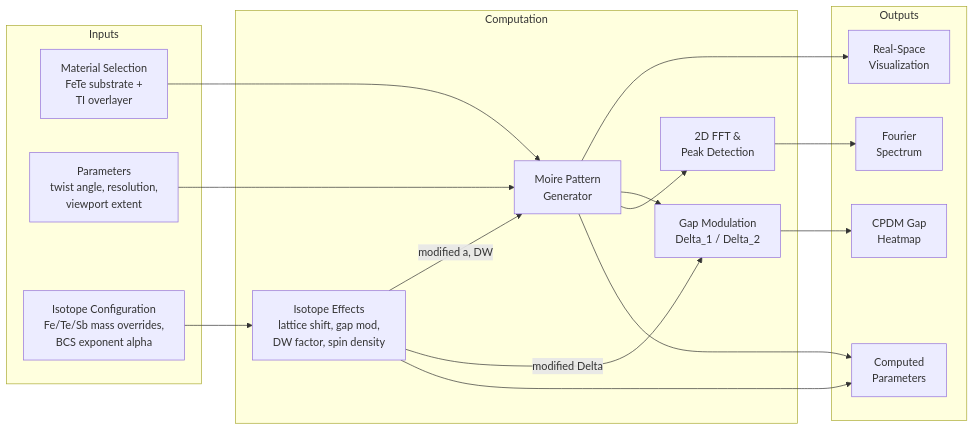
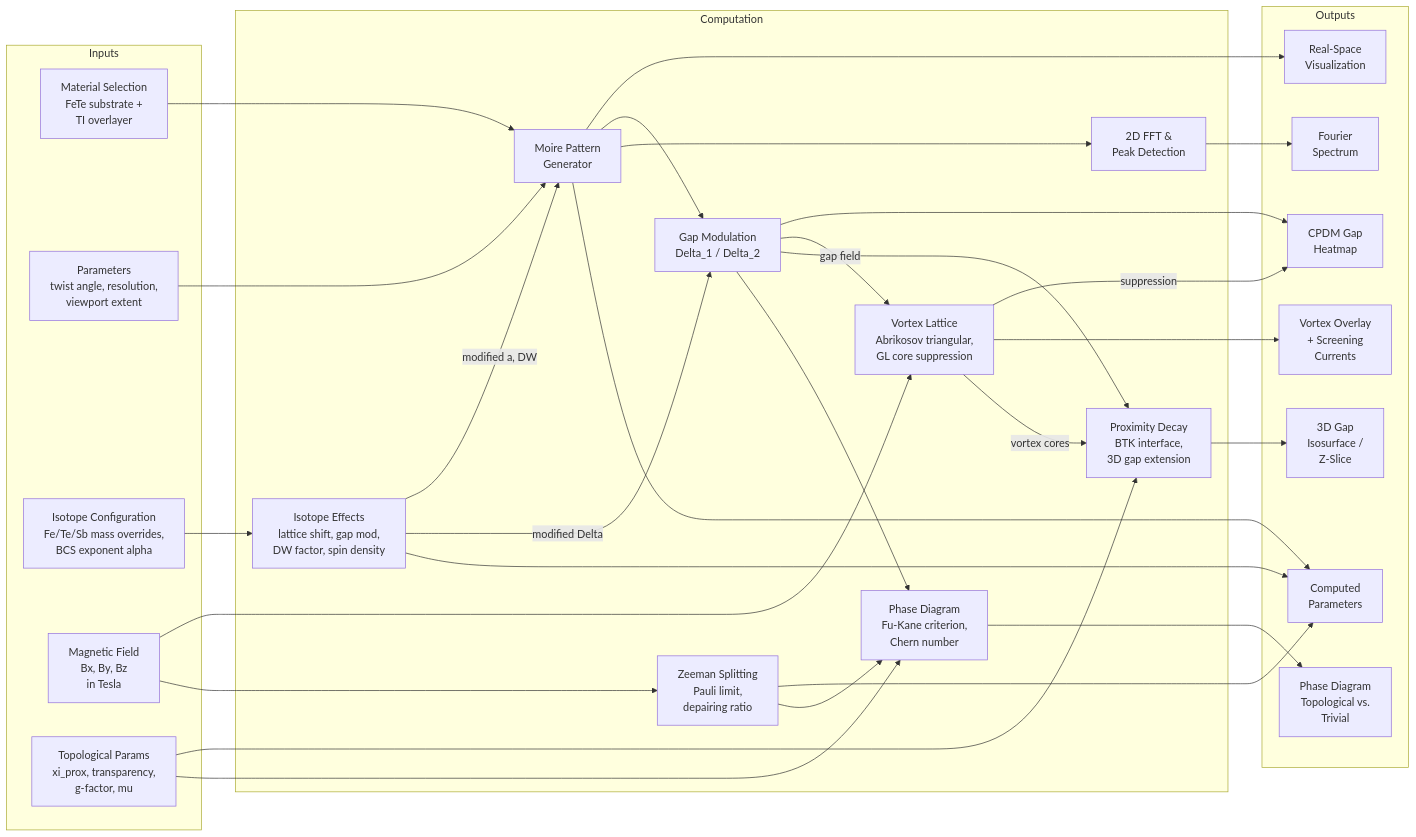
Before and after one commit to sonoransun/waytogocoop: the first of 12 diagrams in README.md, drawn with Mermaid. The commit also changed other lines of this file, not shown here.

````diff
--- a/README.md
+++ b/README.md
@@ -29,35 +32,61 @@
 ```mermaid
 flowchart LR
     subgraph Inputs
         MAT[Material Selection<br/>FeTe substrate +<br/>TI overlayer]
         PARAMS[Parameters<br/>twist angle, resolution,<br/>viewport extent]
         ISO[Isotope Configuration<br/>Fe/Te/Sb mass overrides,<br/>BCS exponent alpha]
+        BFIELD[Magnetic Field<br/>Bx, By, Bz<br/>in Tesla]
+        TOPO[Topological Params<br/>xi_prox, transparency,<br/>g-factor, mu]
     end
 
     subgraph Computation
         MOIRE[Moire Pattern<br/>Generator]
         GAP[Gap Modulation<br/>Delta_1 / Delta_2]
         FFT[2D FFT &<br/>Peak Detection]
         ISOTOPE[Isotope Effects<br/>lattice shift, gap mod,<br/>DW factor, spin density]
+        VORTEX[Vortex Lattice<br/>Abrikosov triangular,<br/>GL core suppression]
+        ZEEMAN[Zeeman Splitting<br/>Pauli limit,<br/>depairing ratio]
+        PROX[Proximity Decay<br/>BTK interface,<br/>3D gap extension]
+        PHASE[Phase Diagram<br/>Fu-Kane criterion,<br/>Chern number]
     end
 
     subgraph Outputs
         VIS[Real-Space<br/>Visualization]
         GAPVIS[CPDM Gap<br/>Heatmap]
         SPEC[Fourier<br/>Spectrum]
         INFO[Computed<br/>Parameters]
+        MAGVIS[Vortex Overlay<br/>+ Screening<br/>Currents]
+        GAP3D[3D Gap<br/>Isosurface /<br/>Z-Slice]
+        PHASEVIS[Phase Diagram<br/>Topological vs.<br/>Trivial]
     end
 
     MAT --> MOIRE
     PARAMS --> MOIRE
     ISO --> ISOTOPE
     ISOTOPE -->|modified a, DW| MOIRE
     ISOTOPE -->|modified Delta| GAP
     MOIRE --> VIS
     MOIRE --> GAP
     MOIRE --> FFT
     GAP --> GAPVIS
     FFT --> SPEC
     ISOTOPE --> INFO
     MOIRE --> INFO
+
+    BFIELD --> VORTEX
+    BFIELD --> ZEEMAN
+    GAP -->|gap field| VORTEX
+    VORTEX -->|suppression| GAPVIS
+    VORTEX --> MAGVIS
+    ZEEMAN --> INFO
+
+    GAP --> PROX
+    TOPO --> PROX
+    VORTEX -->|vortex cores| PROX
+    PROX --> GAP3D
+
+    ZEEMAN --> PHASE
+    GAP --> PHASE
+    TOPO --> PHASE
+    PHASE --> PHASEVIS
 ```
````
